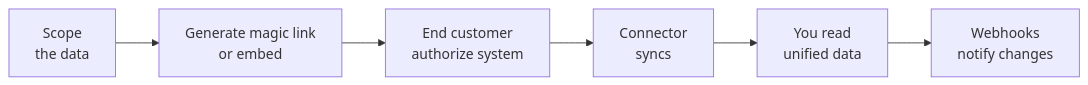
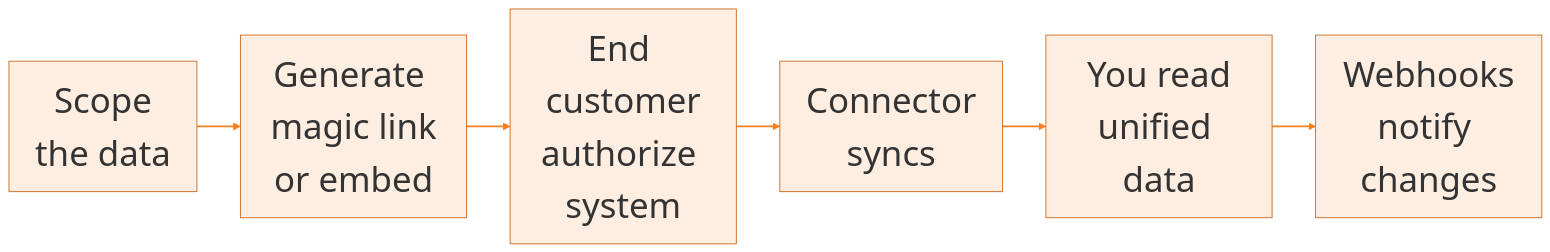
The diagram in get-started/what-is-bindbee.mdx (kaval1810/bindbee-docs-test), drawn with Mermaid before and after one commit. The commit also changed 6 other files, not shown here.

````diff
--- a/get-started/what-is-bindbee.mdx
+++ b/get-started/what-is-bindbee.mdx
@@ -13,8 +13,10 @@
 ```mermaid
+%%{init: {'themeVariables': {'fontSize': '40px', 'primaryColor': '#f57e21', 'mainBkg': '#F57D2121', 'primaryTextColor': '#ffffff', 'nodeTextColor': '#000000', 'primaryBorderColor': '#c96518', 'nodeBorder': '#c96518', 'lineColor': '#f57e21'}}}%%
 flowchart LR
     A[Scope<br/>the data] --> B[Generate magic link<br/>or embed]
     B --> C[End customer<br/>authorize system]
     C --> D[Connector<br/>syncs]
     D --> E[You read<br/>unified data]
     E --> F[Webhooks<br/>notify changes]
+    linkStyle default stroke-width:2px
 ```
````
